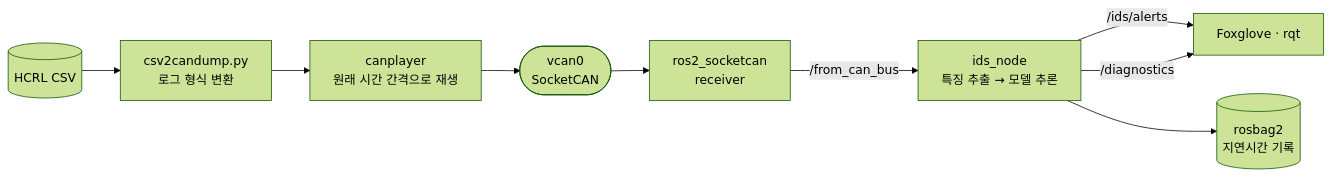
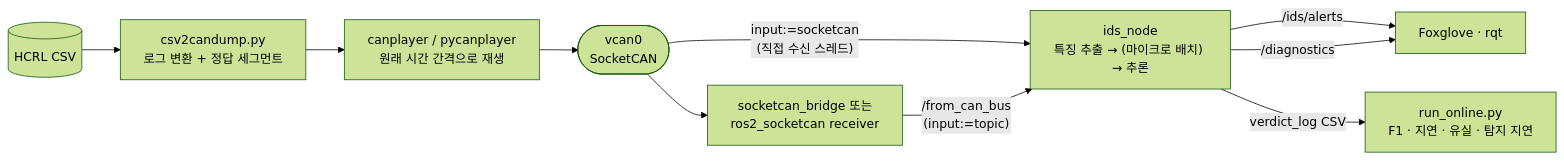
The diagram in README.md (cbnu-yhjeon/ROS2-CAN-Intrusion-Detection), drawn with Mermaid (forest theme) before and after one commit. The commit also changed other lines of this file and 57 other files, not shown here.

First line of the commit message:
Implement real-time ROS 2 CAN intrusion detection (v0.1)

````diff
--- a/README.md
+++ b/README.md
@@ -55,11 +42,12 @@
 ```mermaid
 flowchart LR
-    CSV[("HCRL CSV")] --> CONV["csv2candump.py<br/>로그 형식 변환"]
-    CONV --> PLAY["canplayer<br/>원래 시간 간격으로 재생"]
+    CSV[("HCRL CSV")] --> CONV["csv2candump.py<br/>로그 변환 + 정답 세그먼트"]
+    CONV --> PLAY["canplayer / pycanplayer<br/>원래 시간 간격으로 재생"]
     PLAY --> VCAN(["vcan0<br/>SocketCAN"])
-    VCAN --> RX["ros2_socketcan<br/>receiver"]
-    RX -->|"/from_can_bus"| IDS["ids_node<br/>특징 추출 → 모델 추론"]
+    VCAN -->|"input:=socketcan<br/>(직접 수신 스레드)"| IDS
+    VCAN --> RX["socketcan_bridge 또는<br/>ros2_socketcan receiver"]
+    RX -->|"/from_can_bus<br/>(input:=topic)"| IDS["ids_node<br/>특징 추출 → (마이크로 배치) → 추론"]
     IDS -->|"/ids/alerts"| VIZ["Foxglove · rqt"]
     IDS -->|"/diagnostics"| VIZ
-    IDS --> BAG[("rosbag2<br/>지연시간 기록")]
+    IDS -->|"verdict_log CSV"| EVAL["run_online.py<br/>F1 · 지연 · 유실 · 탐지 지연"]
 ```
````
